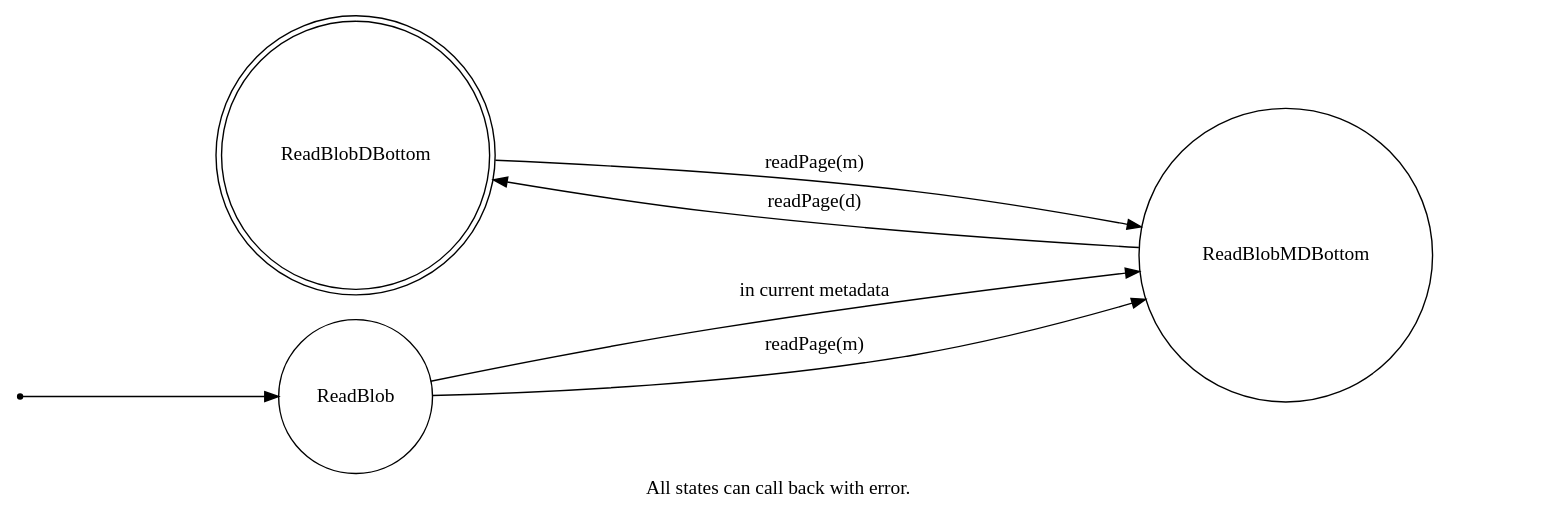
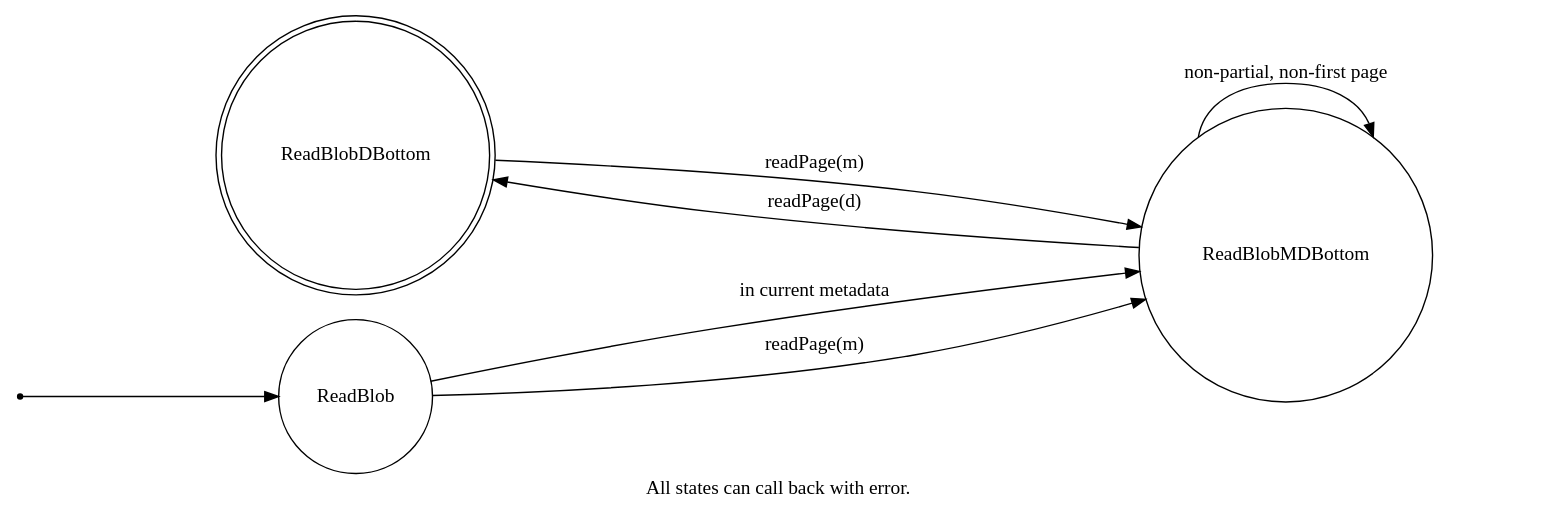
The diagram in 002-µnandfs/ReadBlob.dot (dirty-south-supercomputing/technicalreports), drawn with Graphviz before and after one commit.

Commit message:
[002] ReadBlobMDBottom needs self-loop

```diff
--- a/002-µnandfs/ReadBlob.dot
+++ b/002-µnandfs/ReadBlob.dot
@@ -1,14 +1,15 @@
 digraph ReadBlob {
     rankdir=LR;
     ratio = 0.3;
     label="All states can call back with error.";
     node [shape = doublecircle]; ReadBlobDBottom;
     node [shape = point ]; qi
 
     node [shape = circle];
     qi -> ReadBlob;
     ReadBlob -> ReadBlobMDBottom [ label = "in current metadata" ];
     ReadBlob -> ReadBlobMDBottom  [ label = "readPage(m)" ];
+    ReadBlobMDBottom -> ReadBlobMDBottom [ label = "non-partial, non-first page" ];
     ReadBlobMDBottom -> ReadBlobDBottom [ label = "readPage(d)" ];
     ReadBlobDBottom -> ReadBlobMDBottom [ label = "readPage(m)" ];
 }
```
